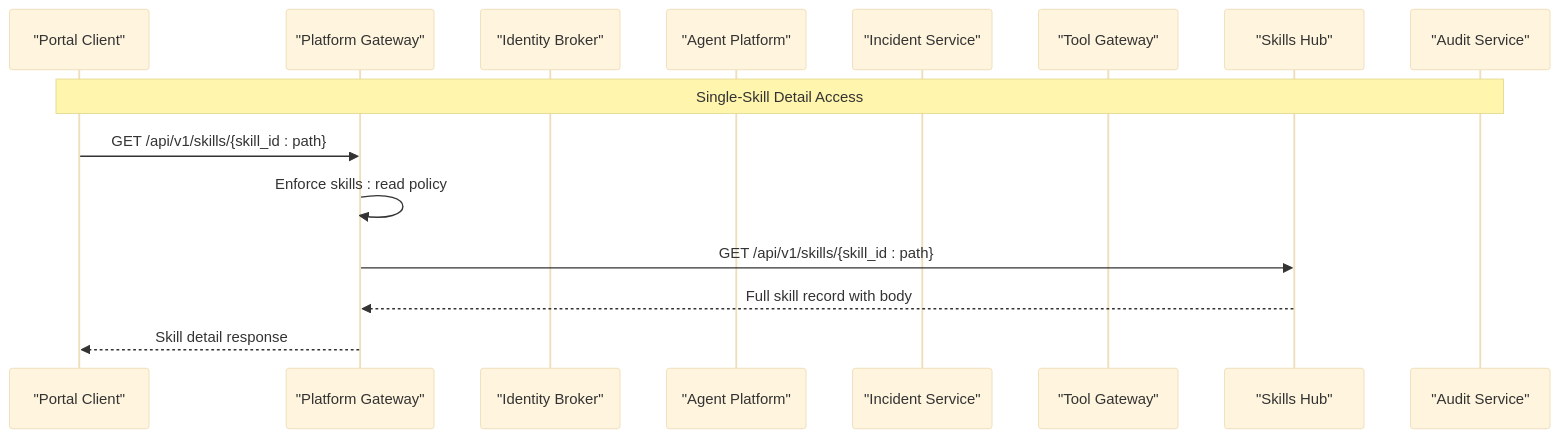
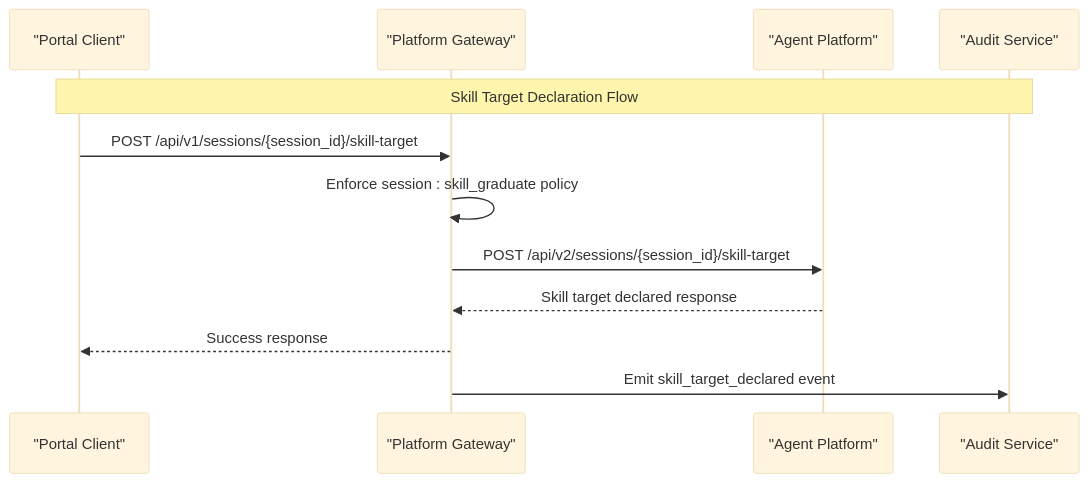
One commit to metasync/luban-aiops changed the second of 20 diagrams in .qoder/repowiki/en/content/Architecture Documentation/Platform Gateway Service.md. Above: the diagram before and after it, drawn with Mermaid (base theme). The commit also changed other lines of this file and 48 other files, not shown here.

````diff
--- a/.qoder/repowiki/en/content/Architecture Documentation/Platform Gateway Service.md
+++ b/.qoder/repowiki/en/content/Architecture Documentation/Platform Gateway Service.md
@@ -273,17 +278,14 @@
 ```mermaid
 sequenceDiagram
 participant Portal as "Portal Client"
 participant GW as "Platform Gateway"
-participant ID as "Identity Broker"
 participant AG as "Agent Platform"
-participant IS as "Incident Service"
-participant TG as "Tool Gateway"
-participant SH as "Skills Hub"
 participant AUD as "Audit Service"
-Note over Portal,AUD : Single-Skill Detail Access
-Portal->>GW : GET /api/v1/skills/{skill_id : path}
-GW->>GW : Enforce skills : read policy
-GW->>SH : GET /api/v1/skills/{skill_id : path}
-SH-->>GW : Full skill record with body
-GW-->>Portal : Skill detail response
+Note over Portal,AUD : Skill Target Declaration Flow
+Portal->>GW : POST /api/v1/sessions/{session_id}/skill-target
+GW->>GW : Enforce session : skill_graduate policy
+GW->>AG : POST /api/v2/sessions/{session_id}/skill-target
+AG-->>GW : Skill target declared response
+GW-->>Portal : Success response
+GW->>AUD : Emit skill_target_declared event
 ```
````
